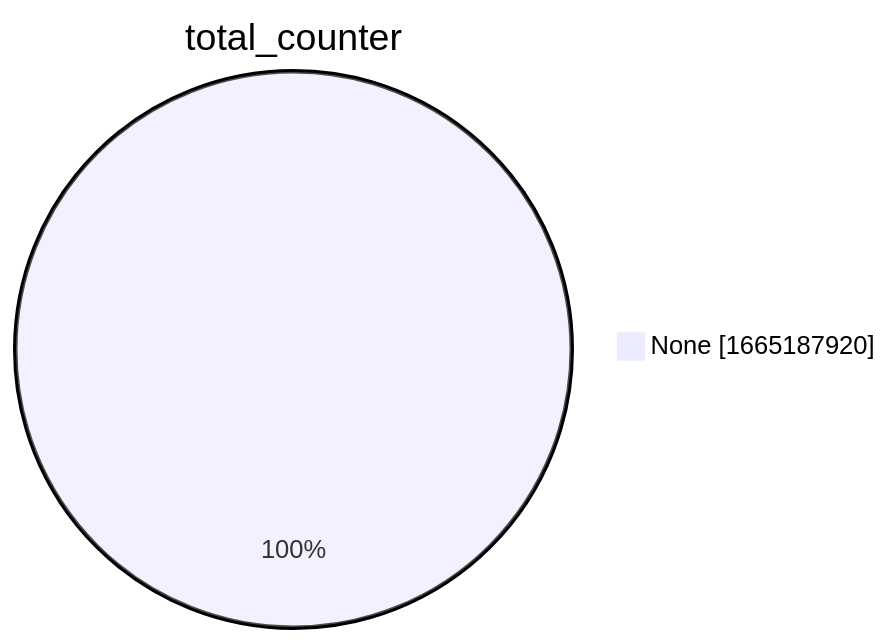
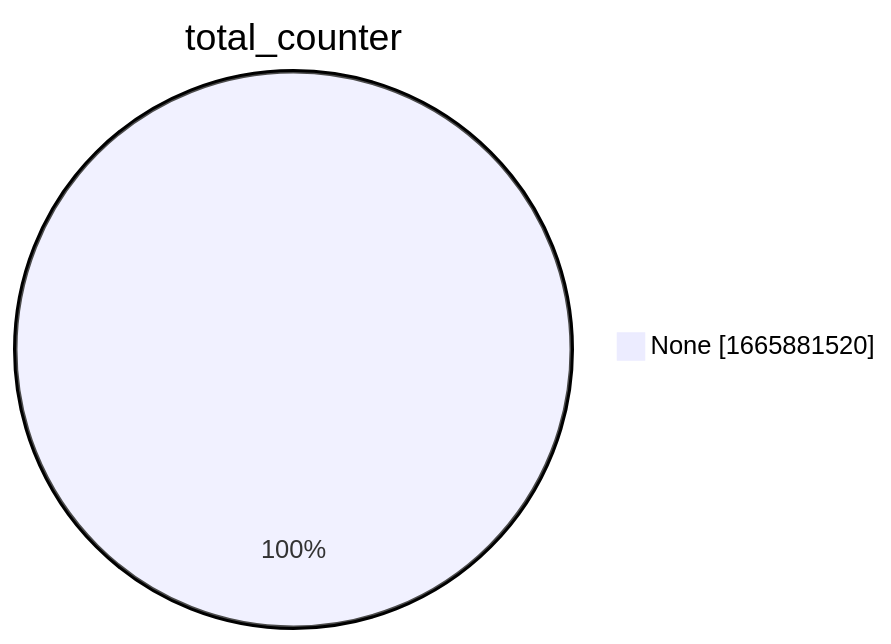
The second of 15 diagrams in xenon2022/README.md (christiankrug/ctmonitor_visualization), drawn with Mermaid before and after one commit. The commit also changed other lines of this file, not shown here.

````diff
--- a/xenon2022/README.md
+++ b/xenon2022/README.md
@@ -9,5 +9,5 @@
 ```mermaid
 pie showData
 title total_counter
-"None" :1665187920
+"None" :1665881520
 ```
````
